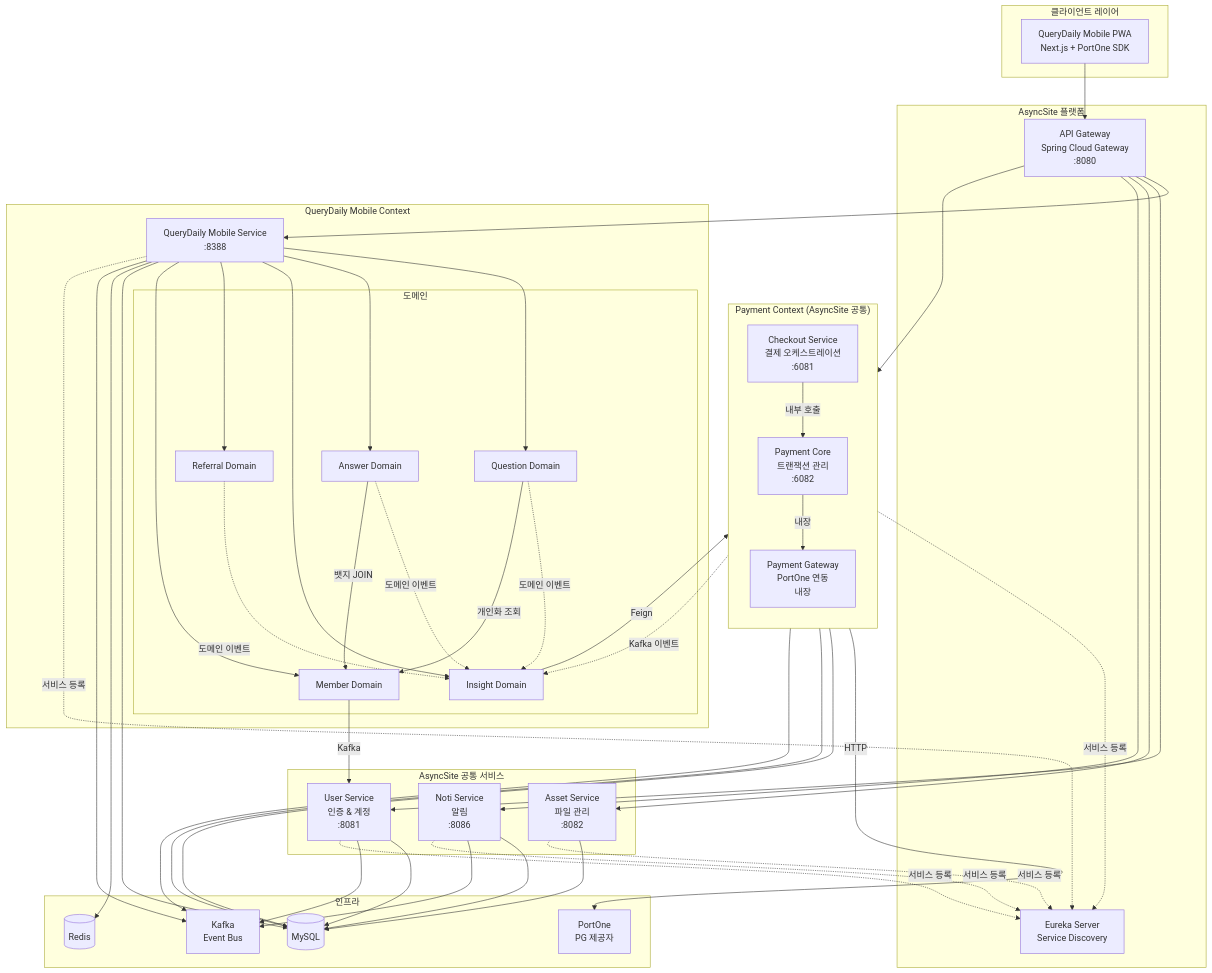
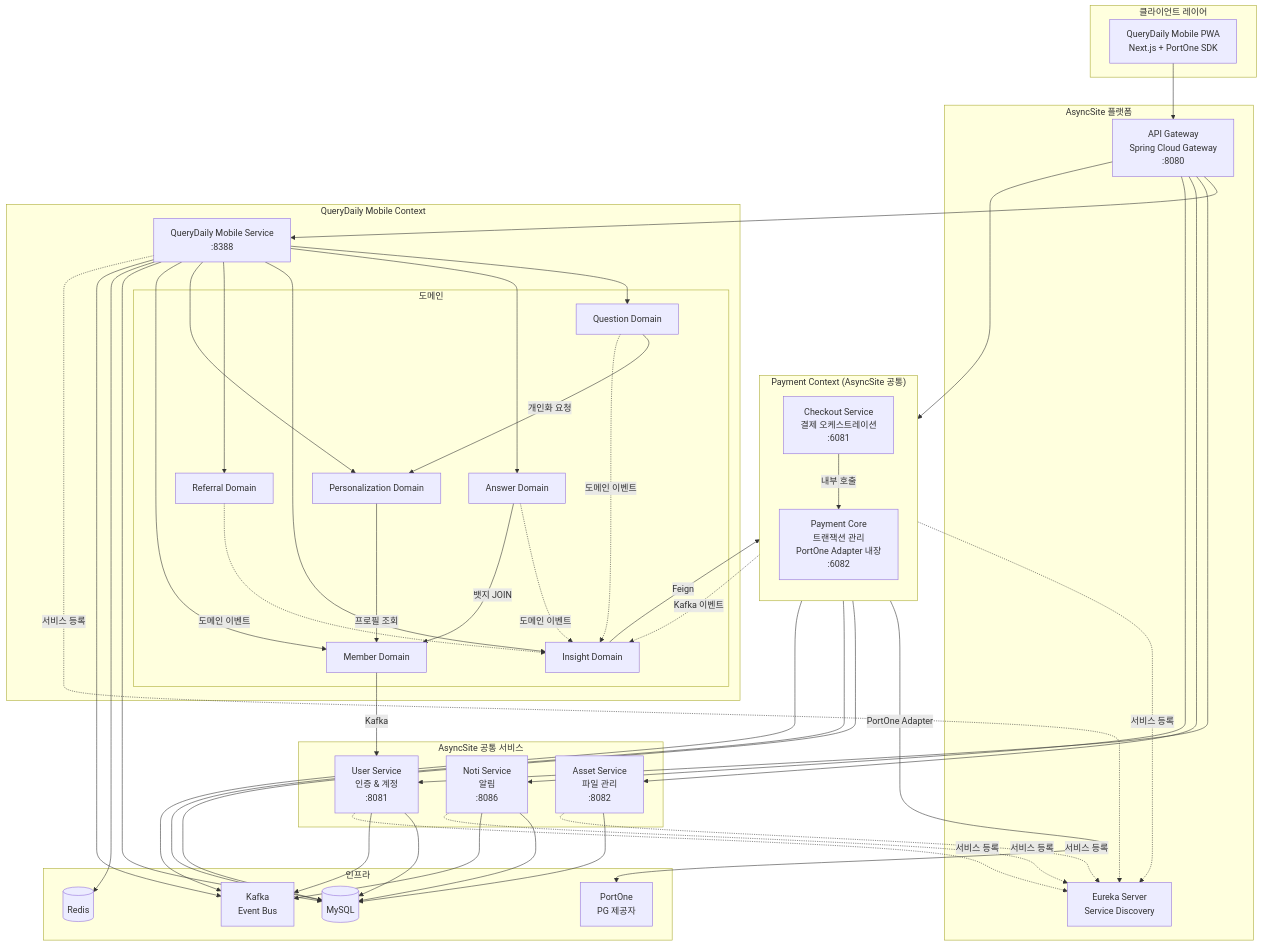
The first of 12 diagrams in docs/plan/MOBILE_MVP_ROADMAP.md (AsyncSite/querydaily-frontend), drawn with Mermaid before and after one commit. The commit also changed other lines of this file, not shown here.

First line of the commit message:
docs: Personalization Domain 추가 및 Payment 아키텍처 수정

```diff
--- a/docs/plan/MOBILE_MVP_ROADMAP.md
+++ b/docs/plan/MOBILE_MVP_ROADMAP.md
@@ -143,6 +144,7 @@
             Answer[Answer Domain]
             Insight[Insight Domain]
             Referral[Referral Domain]
+            Personalization[Personalization Domain]
             Member[Member Domain]
         end
     end
@@ -156,8 +158,7 @@
     subgraph "Payment Context (AsyncSite 공통)"
         direction TB
         Checkout[Checkout Service<br/>결제 오케스트레이션<br/>:6081]
-        PaymentCore[Payment Core<br/>트랜잭션 관리<br/>:6082]
-        PaymentGateway[Payment Gateway<br/>PortOne 연동<br/>내장]
+        PaymentCore[Payment Core<br/>트랜잭션 관리<br/>PortOne Adapter 내장<br/>:6082]
     end
 
     subgraph "인프라"
@@ -178,20 +179,21 @@
     QDService --> Answer
     QDService --> Insight
     QDService --> Referral
+    QDService --> Personalization
     QDService --> Member
 
+    Question -->|개인화 요청| Personalization
     Question -.도메인 이벤트.-> Insight
-    Question -->|개인화 조회| Member
     Answer -.도메인 이벤트.-> Insight
     Answer -->|뱃지 JOIN| Member
     Referral -.도메인 이벤트.-> Insight
+    Personalization -->|프로필 조회| Member
 
     Insight -->|Feign| Checkout
     Member -->|Kafka| UserService
 
     Checkout -->|내부 호출| PaymentCore
-    PaymentCore -->|내장| PaymentGateway
-    PaymentGateway -->|HTTP| PortOne
+    PaymentCore -->|PortOne Adapter| PortOne
     PaymentCore -.Kafka 이벤트.-> Insight
 
     QDService --> MySQL
```
